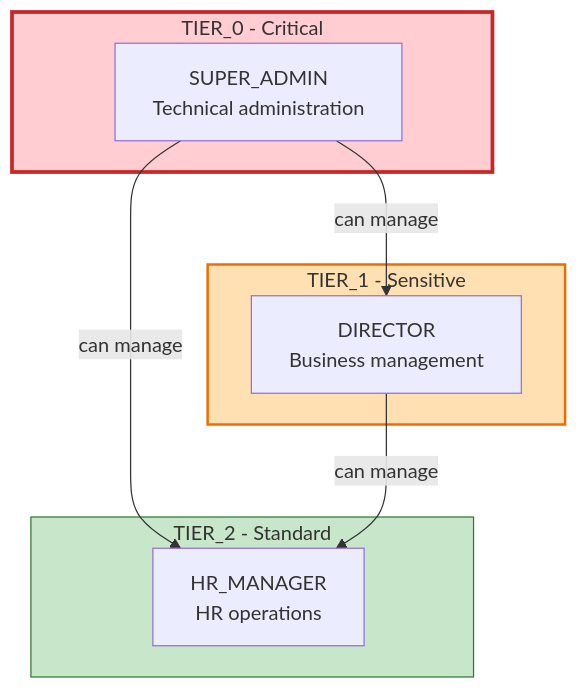
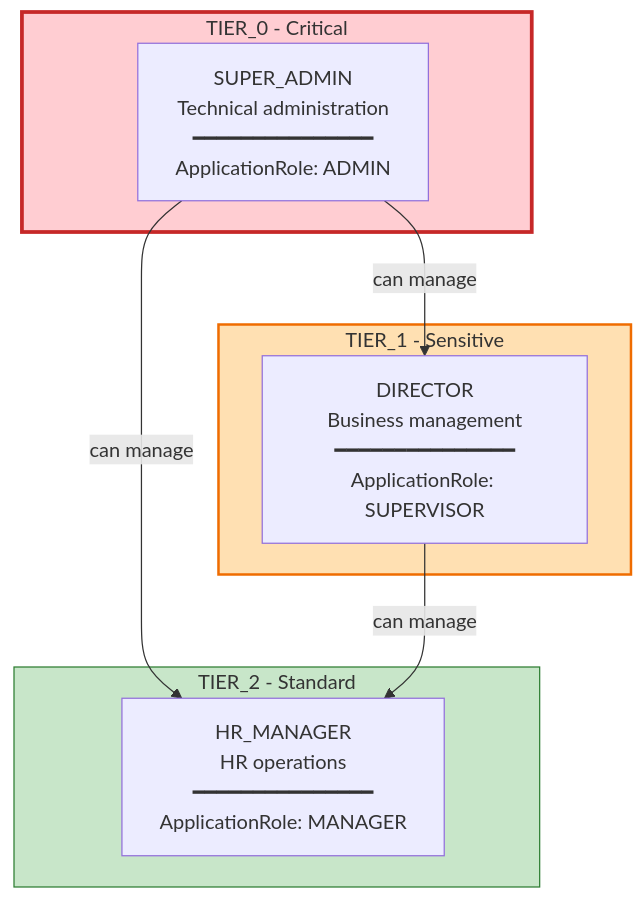
Before and after one commit to Dagz2/beeboard-api: the second of 16 diagrams in documentation/security-architecture.md, drawn with Mermaid. The commit also changed other lines of this file and 119 other files, not shown here.

````diff
--- a/documentation/security-architecture.md
+++ b/documentation/security-architecture.md
@@ -53,22 +77,22 @@
 ```mermaid
 flowchart TB
     subgraph TIER0["TIER_0 - Critical"]
-        SA[SUPER_ADMIN<br/>Technical administration]
+        SA[SUPER_ADMIN<br/>Technical administration<br/>━━━━━━━━━━━━━━━<br/>ApplicationRole: ADMIN]
     end
 
     subgraph TIER1["TIER_1 - Sensitive"]
-        DIR[DIRECTOR<br/>Business management]
+        DIR[DIRECTOR<br/>Business management<br/>━━━━━━━━━━━━━━━<br/>ApplicationRole: SUPERVISOR]
     end
 
     subgraph TIER2["TIER_2 - Standard"]
-        HR[HR_MANAGER<br/>HR operations]
+        HR[HR_MANAGER<br/>HR operations<br/>━━━━━━━━━━━━━━━<br/>ApplicationRole: MANAGER]
     end
 
     SA -->|"can manage"| DIR
     SA -->|"can manage"| HR
     DIR -->|"can manage"| HR
 
     style TIER0 fill:#ffcdd2,stroke:#c62828,stroke-width:3px
     style TIER1 fill:#ffe0b2,stroke:#ef6c00,stroke-width:2px
     style TIER2 fill:#c8e6c9,stroke:#2e7d32,stroke-width:1px
 ```
````
